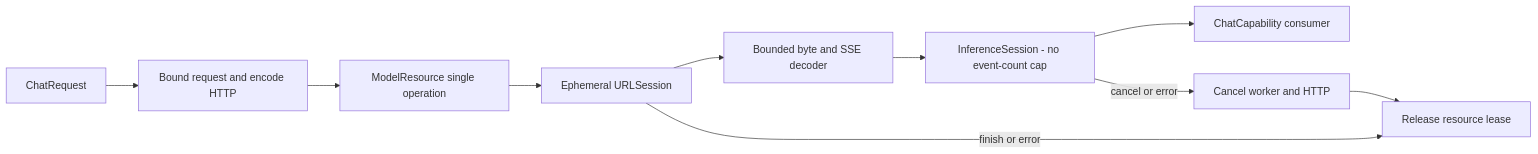
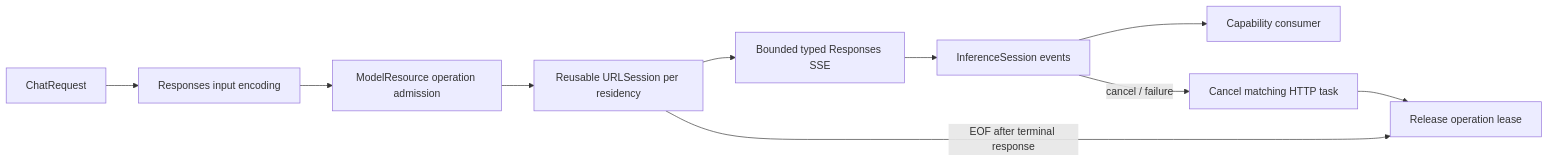
The diagram in MobileHarness/ModelKit/Language/LLM/OpenAI/README.md (devilyouwei/MobileHarness), drawn with Mermaid before and after one commit. The commit also changed other lines of this file and 291 other files, not shown here.

````diff
--- a/MobileHarness/ModelKit/Language/LLM/OpenAI/README.md
+++ b/MobileHarness/ModelKit/Language/LLM/OpenAI/README.md
@@ -21,12 +15,12 @@
 ```mermaid
 flowchart LR
-    Request[ChatRequest] --> Validate[Bound request and encode HTTP]
-    Validate --> Lease[ModelResource single operation]
-    Lease --> Network[Ephemeral URLSession]
-    Network --> Frame[Bounded byte and SSE decoder]
-    Frame --> Events[InferenceSession - no event-count cap]
-    Events --> Consumer[ChatCapability consumer]
-    Events -->|cancel or error| Cancel[Cancel worker and HTTP]
-    Cancel --> Release[Release resource lease]
-    Network -->|finish or error| Release
+    Request[ChatRequest] --> Encode[Responses input encoding]
+    Encode --> Lease[ModelResource operation admission]
+    Lease --> Pool[Reusable URLSession per residency]
+    Pool --> Decode[Bounded typed Responses SSE]
+    Decode --> Events[InferenceSession events]
+    Events --> Consumer[Capability consumer]
+    Events -->|cancel / failure| Cleanup[Cancel matching HTTP task]
+    Cleanup --> Release[Release operation lease]
+    Pool -->|EOF after terminal response| Release
 ```
````
